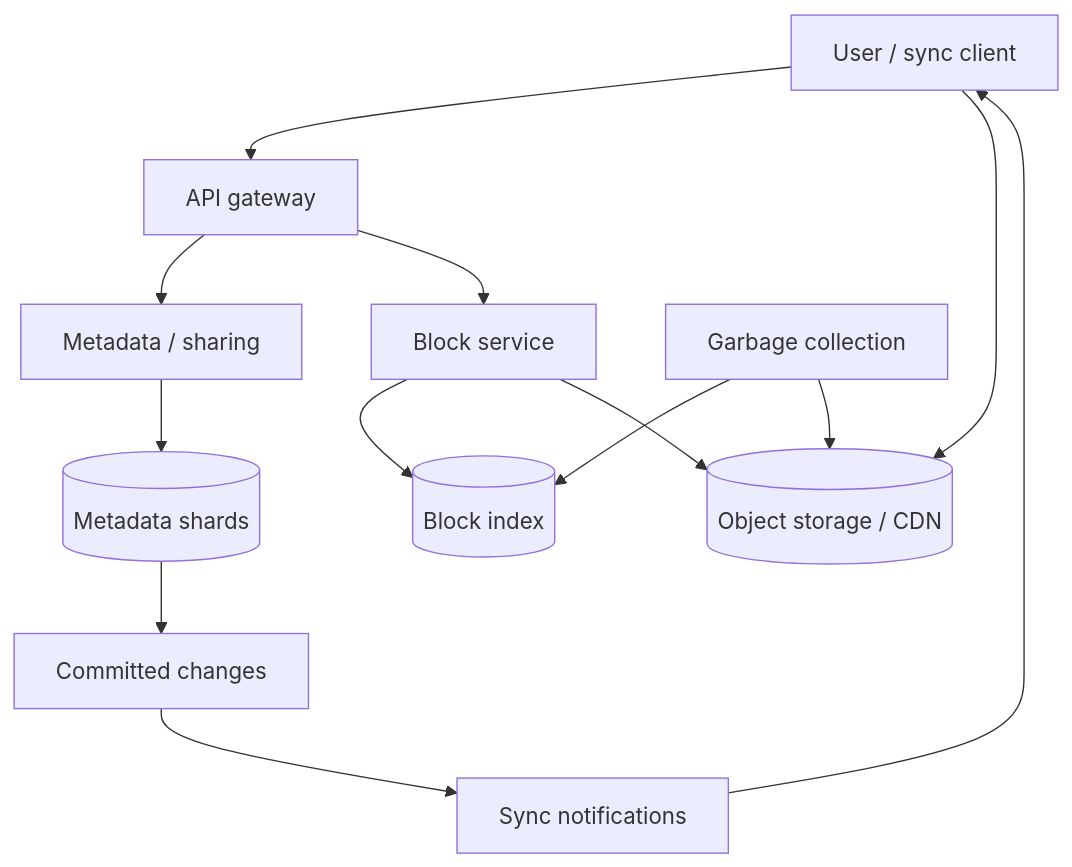
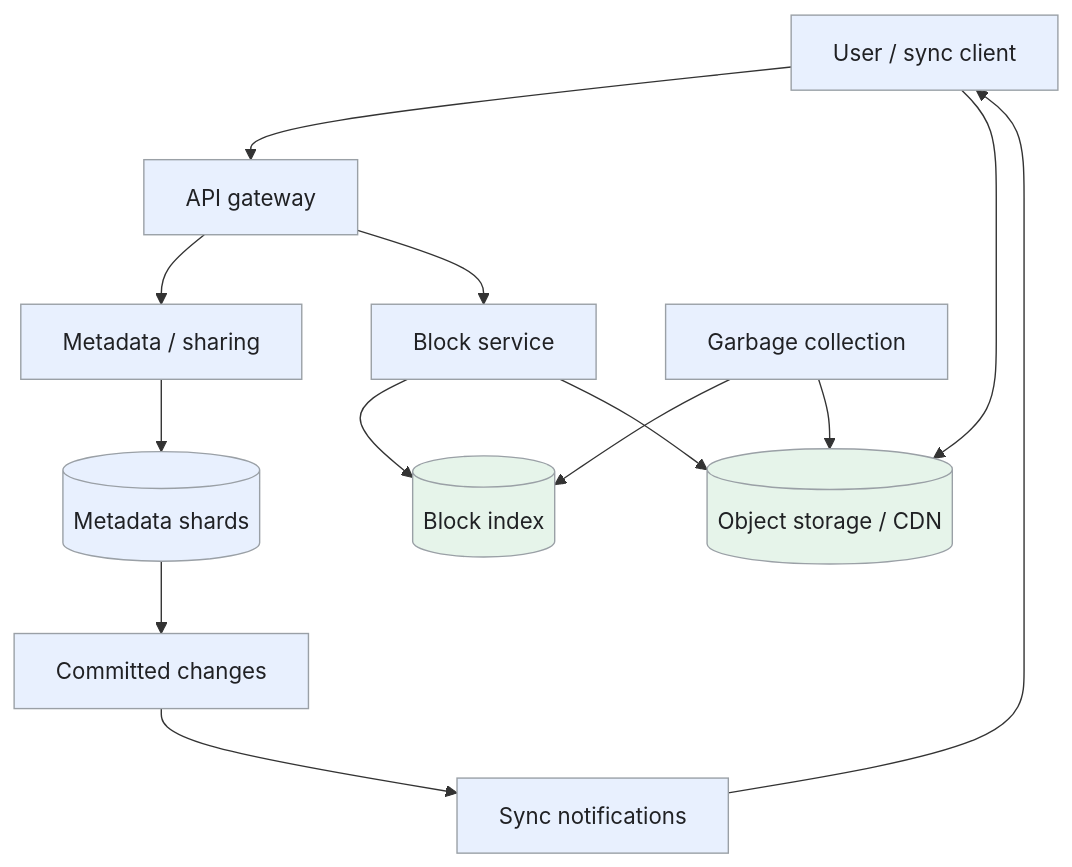
One commit to iliazlobin/iliazlobin.github.io changed the first of 3 diagrams in _designs/system-design-dropbox.md. Above: the diagram before and after it, drawn with Mermaid. The commit also changed other lines of this file and 20 other files, not shown here.

Commit message:
Improve design flows, tradeoffs, and technology references

````diff
--- a/_designs/system-design-dropbox.md
+++ b/_designs/system-design-dropbox.md
@@ -140,15 +140,20 @@
 ```mermaid
 flowchart TB
   U["User / sync client"] --> API["API gateway"]
   API --> M["Metadata / sharing"]
   M --> DB[("Metadata shards")]
   API --> B["Block service"]
   B --> IDX[("Block index")]
   U --> O[("Object storage / CDN")]
   B --> O
   DB --> E["Committed changes"]
   E --> N["Sync notifications"]
   N --> U
   G["Garbage collection"] --> IDX
   G --> O
+  classDef request fill:#e8f0fe,stroke:#9aa0a6,color:#202124,stroke-width:1px
+  classDef background fill:#e6f4ea,stroke:#9aa0a6,color:#202124,stroke-width:1px
+  classDef control fill:#fef7e0,stroke:#9aa0a6,color:#202124,stroke-width:1px
+  class U,API,M,DB,B,E,N,G request
+  class IDX,O background
 ```
````
